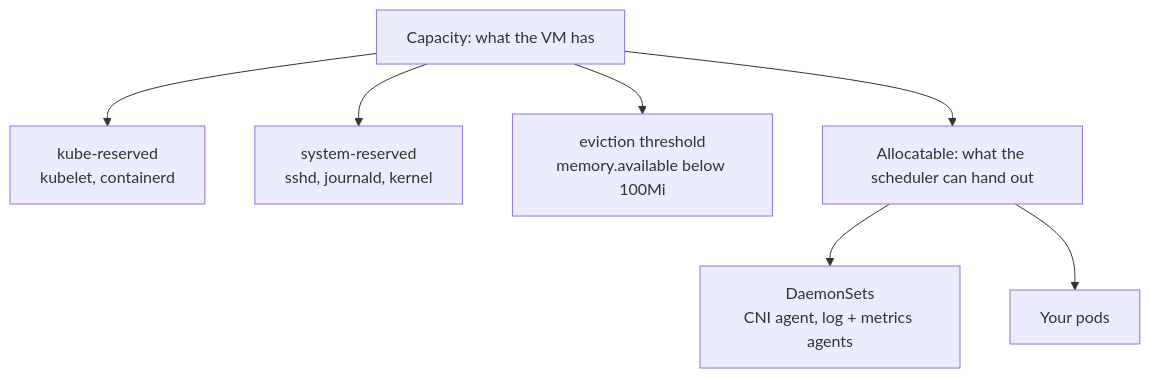
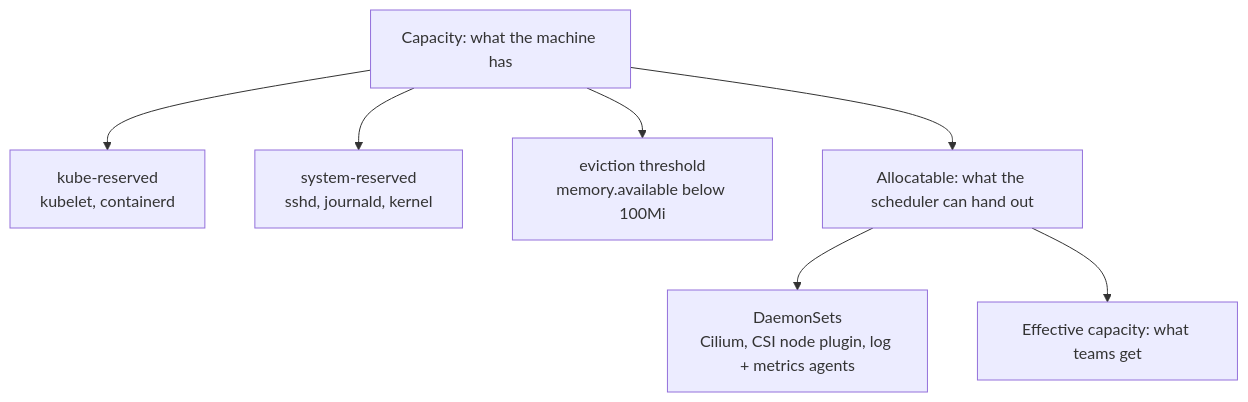
One commit to aungkohtat/platform-engineering-bootcamp changed the second of 2 diagrams in docs/days/day-07-sizing-for-production.md. Above: the diagram before and after it, drawn with Mermaid. The commit also changed other lines of this file and 1 other file, not shown here.

````diff
--- a/docs/days/day-07-sizing-for-production.md
+++ b/docs/days/day-07-sizing-for-production.md
@@ -97,9 +119,9 @@
 ```mermaid
 flowchart TB
-    C[Capacity: what the VM has] --> K[kube-reserved<br/>kubelet, containerd]
+    C[Capacity: what the machine has] --> K[kube-reserved<br/>kubelet, containerd]
     C --> S[system-reserved<br/>sshd, journald, kernel]
     C --> E[eviction threshold<br/>memory.available below 100Mi]
     C --> A[Allocatable: what the scheduler can hand out]
-    A --> D[DaemonSets<br/>CNI agent, log + metrics agents]
-    A --> P[Your pods]
+    A --> D[DaemonSets<br/>Cilium, CSI node plugin, log + metrics agents]
+    A --> P[Effective capacity: what teams get]
 ```
````
